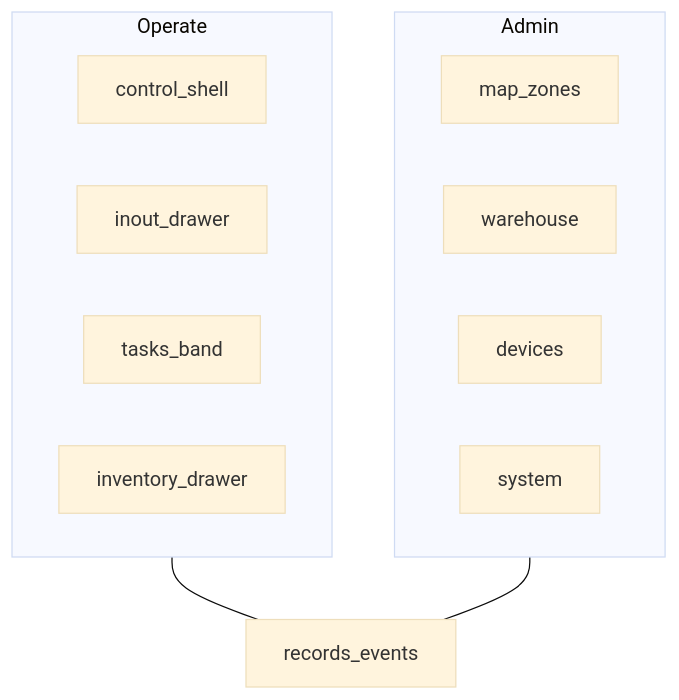
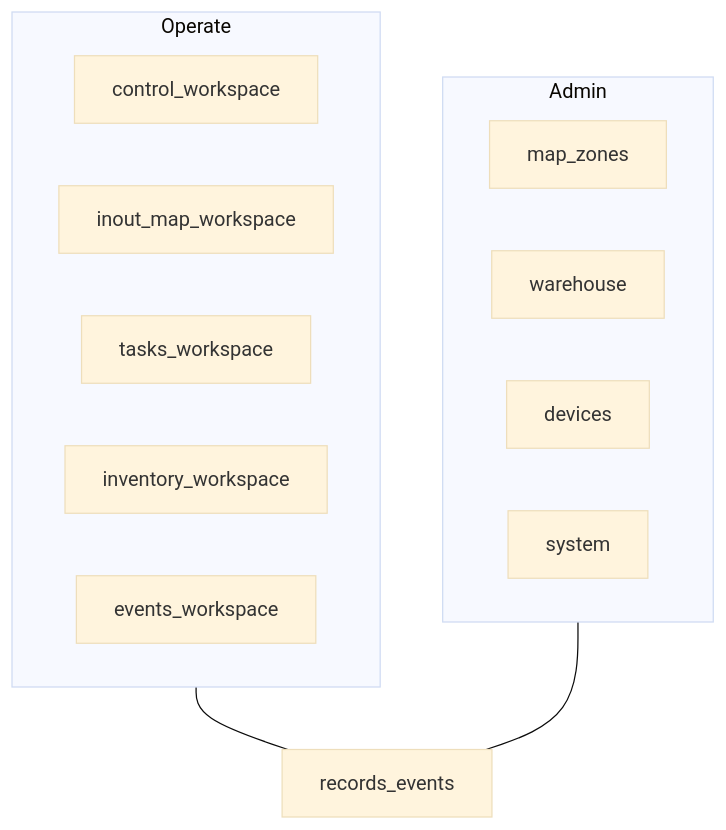
One commit to eduwing-robotics/ros2-ai-amr-repo3 changed the first of 4 diagrams in main_server/docs/UX.md. Above: the diagram before and after it, drawn with Mermaid (base theme). The commit also changed other lines of this file and 60 other files, not shown here.

````diff
--- a/main_server/docs/UX.md
+++ b/main_server/docs/UX.md
@@ -74,18 +96,19 @@
 ```mermaid
 flowchart TB
   subgraph Op [Operate]
-    C[control_shell]
-    IO[inout_drawer]
-    T[tasks_band]
-    Inv[inventory_drawer]
+    C[control_workspace]
+    IO[inout_map_workspace]
+    T[tasks_workspace]
+    Inv[inventory_workspace]
+    Ev[events_workspace]
   end
   subgraph Ad [Admin]
     Map[map_zones]
     Wh[warehouse]
     Dev[devices]
     Sys[system]
   end
   Rec[records_events]
   Op --- Rec
   Ad --- Rec
 ```
````
